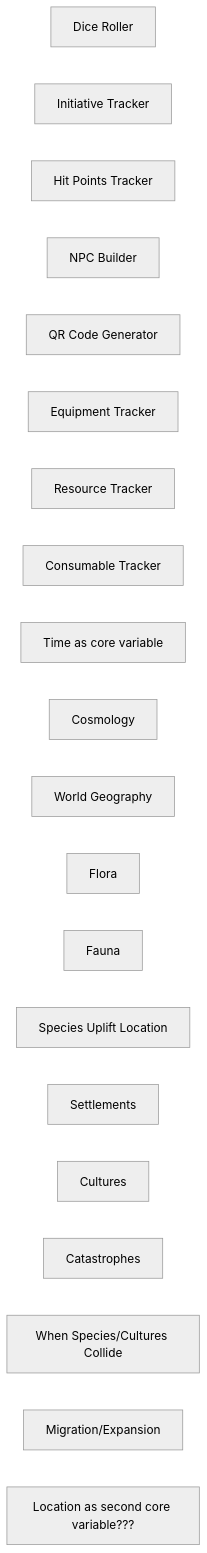
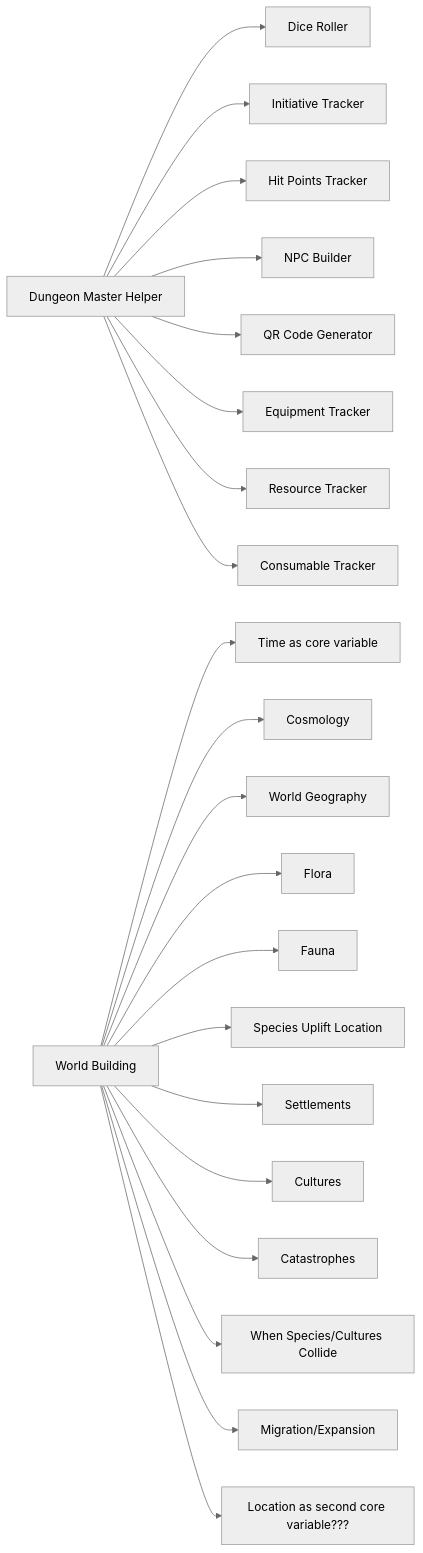
Before and after one commit to Half-Guinea-Press/thistle_octopus: the diagram in docs/blog/posts/240311.md, drawn with Mermaid (neutral theme).

````diff
--- a/docs/blog/posts/240311.md
+++ b/docs/blog/posts/240311.md
@@ -9,25 +9,25 @@
 ``` mermaid
 graph LR
 
-  DMH1[Dice Roller]
-  DMH2[Initiative Tracker]
-  DMH3[Hit Points Tracker]
-  DMH4[NPC Builder]
-  DMH5[QR Code Generator]
-  DMH6[Equipment Tracker]
-  DMH7[Resource Tracker]
-  DMH8[Consumable Tracker]
-  WB1[Time as core variable]
-  WB2[Cosmology]
-  WB3[World Geography]
-  WB4[Flora]
-  WB5[Fauna]
-  WB6[Species Uplift Location]
-  WB7[Settlements]
-  WB8[Cultures]
-  WB9[Catastrophes]
-  WB10[When Species/Cultures Collide]
-  WB11[Migration/Expansion]
-  WB12[Location as second core variable???]
+  DMH[Dungeon Master Helper] --> DMH1[Dice Roller]
+  DMH --> DMH2[Initiative Tracker]
+  DMH --> DMH3[Hit Points Tracker]
+  DMH --> DMH4[NPC Builder]
+  DMH --> DMH5[QR Code Generator]
+  DMH --> DMH6[Equipment Tracker]
+  DMH --> DMH7[Resource Tracker]
+  DMH --> DMH8[Consumable Tracker]
+  WB[World Building] --> WB1[Time as core variable]
+  WB[World Building] --> WB2[Cosmology]
+  WB[World Building] --> WB3[World Geography]
+  WB[World Building] --> WB4[Flora]
+  WB[World Building] --> WB5[Fauna]
+  WB[World Building] --> WB6[Species Uplift Location]
+  WB[World Building] --> WB7[Settlements]
+  WB[World Building] --> WB8[Cultures]
+  WB[World Building] --> WB9[Catastrophes]
+  WB[World Building] --> WB10[When Species/Cultures Collide]
+  WB[World Building] --> WB11[Migration/Expansion]
+  WB[World Building] --> WB12[Location as second core variable???]
 
 ```
````
